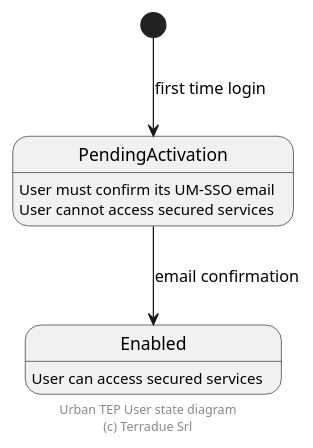
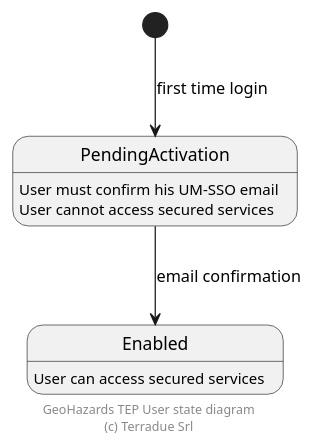
Before and after one commit to urban-tep/DDF-SDD: the second of 3 diagrams in source/groups/group___tep_user.rst, drawn with PlantUML. The commit also changed other lines of this file and 133 other files, not shown here.

```diff
--- a/source/groups/group___tep_user.rst
+++ b/source/groups/group___tep_user.rst
@@ -19,15 +19,15 @@
 .. uml::
 
 
 	
 	[*] --> PendingActivation : first time login
-	PendingActivation : User must confirm its UM-SSO email
+	PendingActivation : User must confirm his UM-SSO email
 	PendingActivation : User cannot access secured services
 	
 	PendingActivation --> Enabled : email confirmation
 	Enabled : User can access secured services
 	
 	footer
-	Urban TEP User state diagram
+	GeoHazards TEP User state diagram
 	(c) Terradue Srl
 	endfooter
```
